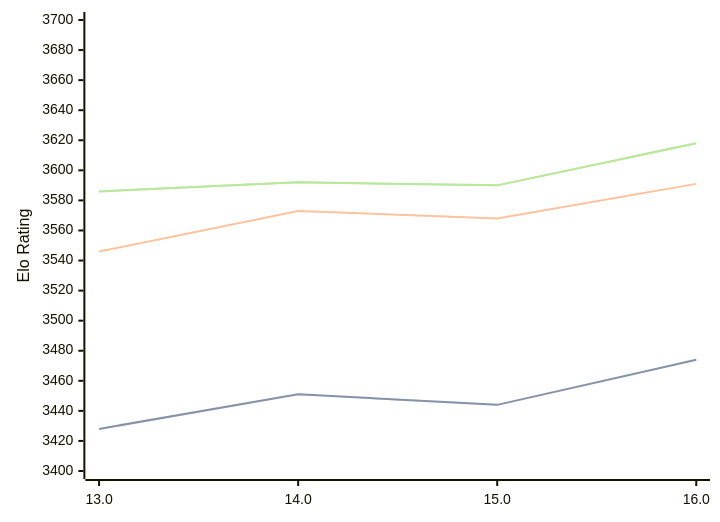
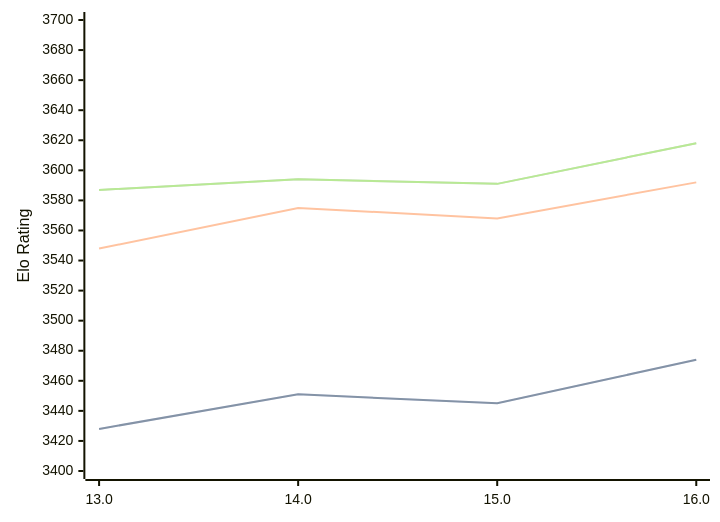
The diagram in engines/Obsidian.md (computer-chess-index/cci), drawn with Mermaid before and after one commit. The commit also changed other lines of this file, not shown here.

Commit message:
Update CCI Ratings (ELO VLTC) - 2026-04-27

````diff
--- a/engines/Obsidian.md
+++ b/engines/Obsidian.md
@@ -43,11 +43,11 @@
 ```mermaid
 %%{init: {"theme":"base","themeVariables":{"seriesColors:['#a3a3a3','#222221','#faa371']}}}%%
 xychart-beta
   x-axis ["13.0", "14.0", "15.0", "16.0"]
   y-axis "Elo Rating" 3400 --> 3700
-  line "STC (8.0+0.08s)" [3428, 3451, 3444, 3474]
-  line "STC (8.0+0.08s)" [3428, 3451, 3444, 3474]
-  line "LTC (60.0+0.60s)" [3546, 3573, 3568, 3591]
-  line "VLTC (2m24s+1.12s)" [3586, 3592, 3590, 3618]
-  line "VLTC (2m24s+1.12s)" [3586, 3592, 3590, 3618]
+  line "STC (8.0+0.08s)" [3428, 3451, 3445, 3474]
+  line "STC (8.0+0.08s)" [3428, 3451, 3445, 3474]
+  line "LTC (60.0+0.60s)" [3548, 3575, 3568, 3592]
+  line "VLTC (2m24s+1.12s)" [3587, 3594, 3591, 3618]
+  line "VLTC (2m24s+1.12s)" [3587, 3594, 3591, 3618]
 ```
````
